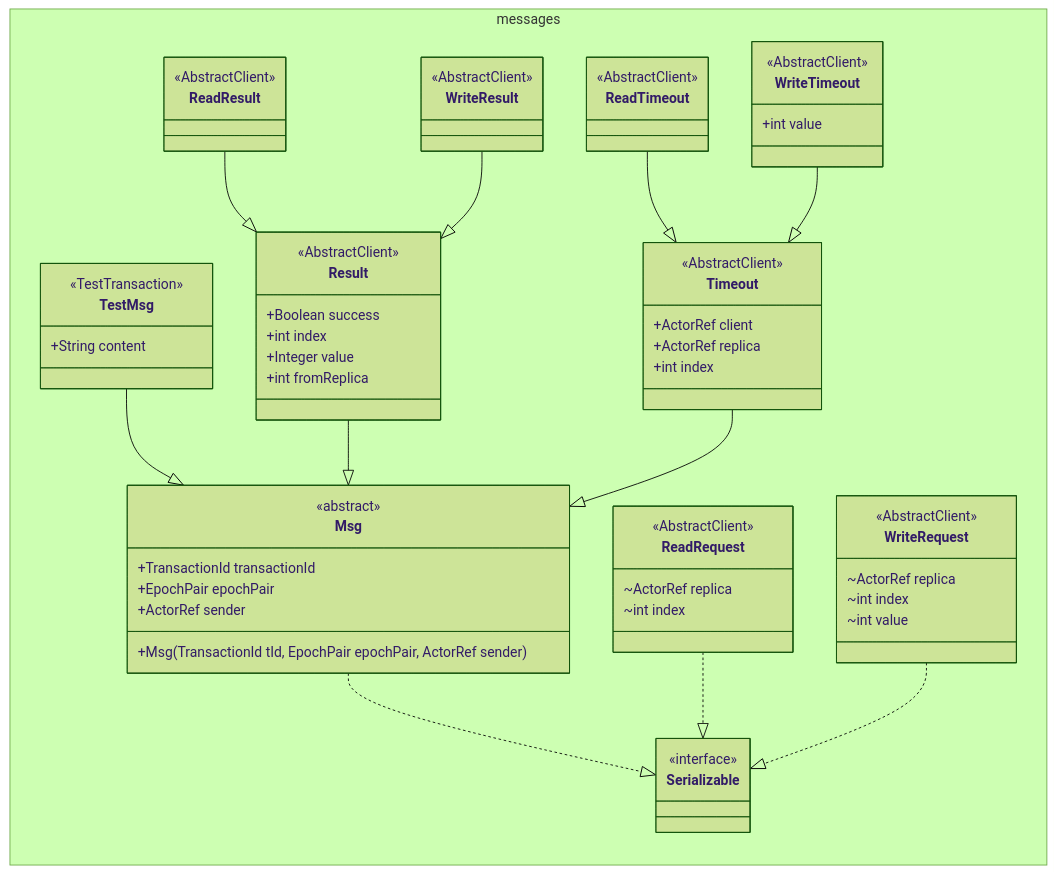
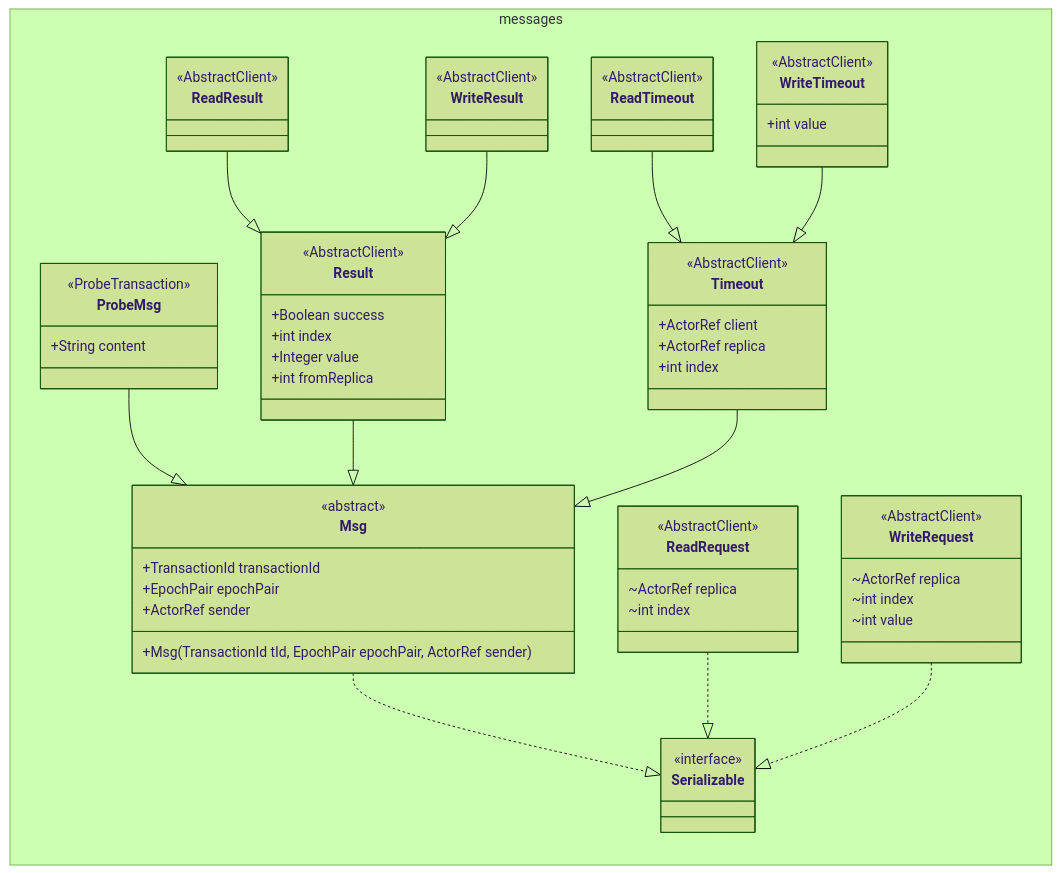
Before and after one commit to alanmasu/CoreDump_DS_Project: the diagram in charts/UML/Messages_UML.mmd, drawn with Mermaid. The commit also changed 2 other files, not shown here.

Commit message:
docs: Update the UML diagrams after the rename

```diff
--- a/charts/UML/Messages_UML.mmd
+++ b/charts/UML/Messages_UML.mmd
@@ -1,103 +1,103 @@
 ---
 config:
   theme: forest
 ---
 classDiagram
 
     direction BT
 
     %% ==================================================================
     %% MESSAGE HIERARCHY
     %%
     %% Legend of the notation used in this diagram
     %%   ..|>  realization  : "implements" an interface (dashed + hollow triangle)
     %%   --|>  inheritance  : "extends" a class         (solid  + hollow triangle)
     %% Member markers: * = abstract, + public, # protected, - private,
     %%                 ~ package-private (Java default visibility).
     %% Boilerplate (equals/hashCode/toString/compareTo) is omitted from every box.
     %% Nested static classes carry the <<Outer>> stereotype naming their enclosing
     %% class, because Mermaid has no notation for class nesting.
     %%
     %% SCOPE: only the message types. TransactionId and EpochPair appear as field
     %% types but have no box here - see Transactions_UML.mmd.
     %% The protocol messages (Update, WriteOK, Election, Synchronization,
     %% Heartbeat) exist only in the sequence diagrams so far, not yet in Java.
     %% Infrastructure and test plumbing (InitSystem, Crash and the listener
     %% notification messages) are deliberately omitted.
     %% ==================================================================
 
     namespace messages {
 
         class Serializable {
             <<interface>>
         }
 
         class Msg {
             <<abstract>>
             +TransactionId transactionId
             +EpochPair epochPair
             +ActorRef sender
             +Msg(TransactionId tId, EpochPair epochPair, ActorRef sender)
         }
 
-        class TestMsg {
-            <<TestTransaction>>
+        class ProbeMsg {
+            <<ProbeTransaction>>
             +String content
         }
 
         class Result {
             <<AbstractClient>>
             +Boolean success
             +int index
             +Integer value
             +int fromReplica
         }
 
         class ReadResult {
             <<AbstractClient>>
         }
 
         class WriteResult {
             <<AbstractClient>>
         }
 
         class ReadRequest {
             <<AbstractClient>>
             ~ActorRef replica
             ~int index
         }
 
         class WriteRequest {
             <<AbstractClient>>
             ~ActorRef replica
             ~int index
             ~int value
         }
 
         class Timeout {
             <<AbstractClient>>
             +ActorRef client
             +ActorRef replica
             +int index
         }
 
         class ReadTimeout {
             <<AbstractClient>>
         }
 
         class WriteTimeout {
             <<AbstractClient>>
             +int value
         }
     }
 
     Msg ..|> Serializable
-    TestMsg --|> Msg
+    ProbeMsg --|> Msg
     Result --|> Msg
     ReadResult --|> Result
     WriteResult --|> Result
     ReadRequest ..|> Serializable
     WriteRequest ..|> Serializable
     Timeout --|> Msg
     ReadTimeout --|> Timeout
     WriteTimeout --|> Timeout
```
